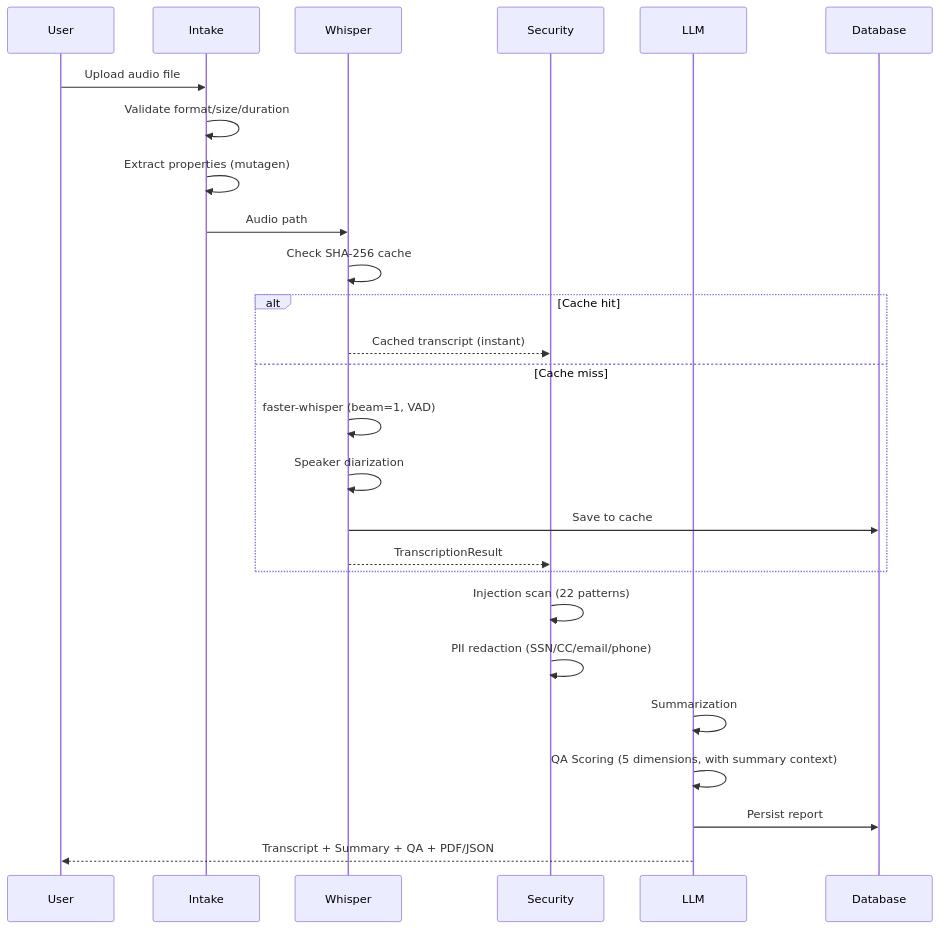
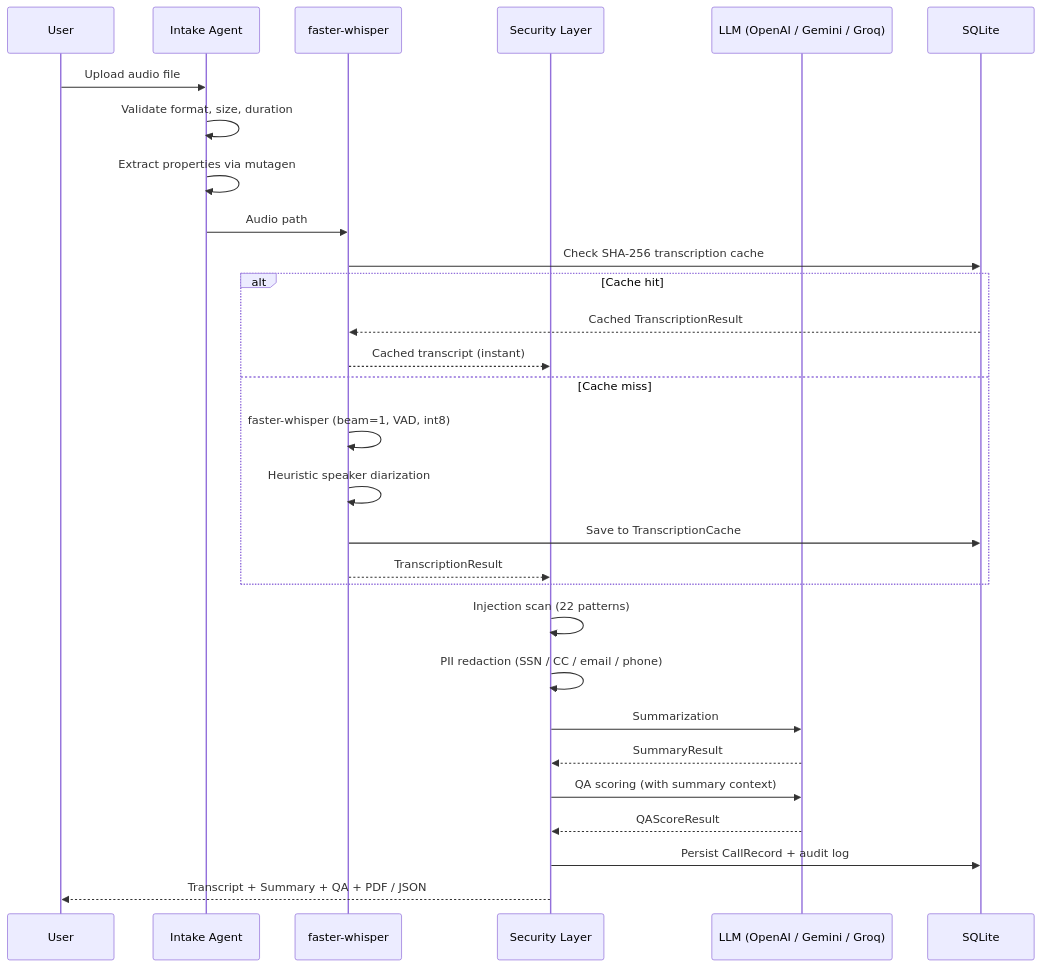
Before and after one commit to ANI-IN/Call-Center-Intelligence-System: the fourth of 7 diagrams in README.md, drawn with Mermaid. The commit also changed other lines of this file, not shown here.

````diff
--- a/README.md
+++ b/README.md
@@ -145,33 +139,36 @@
 ```mermaid
 sequenceDiagram
     participant U as User
-    participant I as Intake
-    participant W as Whisper
-    participant S as Security
-    participant L as LLM
-    participant D as Database
+    participant I as Intake Agent
+    participant W as faster-whisper
+    participant S as Security Layer
+    participant L as LLM (OpenAI / Gemini / Groq)
+    participant D as SQLite
 
     U->>I: Upload audio file
-    I->>I: Validate format/size/duration
-    I->>I: Extract properties (mutagen)
+    I->>I: Validate format, size, duration
+    I->>I: Extract properties via mutagen
     I->>W: Audio path
 
-    W->>W: Check SHA-256 cache
+    W->>D: Check SHA-256 transcription cache
     alt Cache hit
+        D-->>W: Cached TranscriptionResult
         W-->>S: Cached transcript (instant)
     else Cache miss
-        W->>W: faster-whisper (beam=1, VAD)
-        W->>W: Speaker diarization
-        W->>D: Save to cache
+        W->>W: faster-whisper (beam=1, VAD, int8)
+        W->>W: Heuristic speaker diarization
+        W->>D: Save to TranscriptionCache
         W-->>S: TranscriptionResult
     end
 
     S->>S: Injection scan (22 patterns)
-    S->>S: PII redaction (SSN/CC/email/phone)
+    S->>S: PII redaction (SSN / CC / email / phone)
 
-    L->>L: Summarization
-    L->>L: QA Scoring (5 dimensions, with summary context)
+    S->>L: Summarization
+    L-->>S: SummaryResult
+    S->>L: QA scoring (with summary context)
+    L-->>S: QAScoreResult
 
-    L->>D: Persist report
-    L-->>U: Transcript + Summary + QA + PDF/JSON
+    S->>D: Persist CallRecord + audit log
+    S-->>U: Transcript + Summary + QA + PDF / JSON
 ```
````
